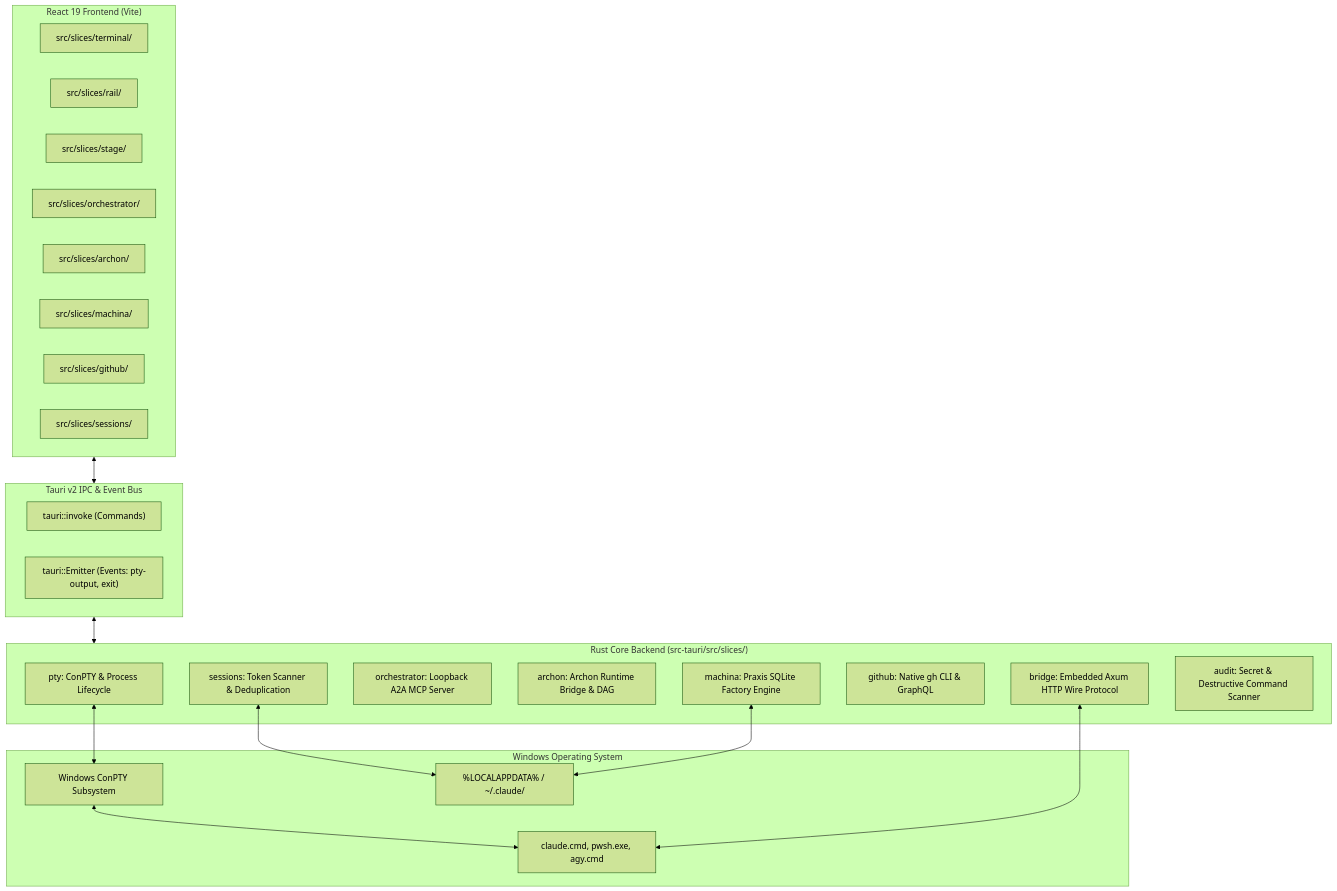
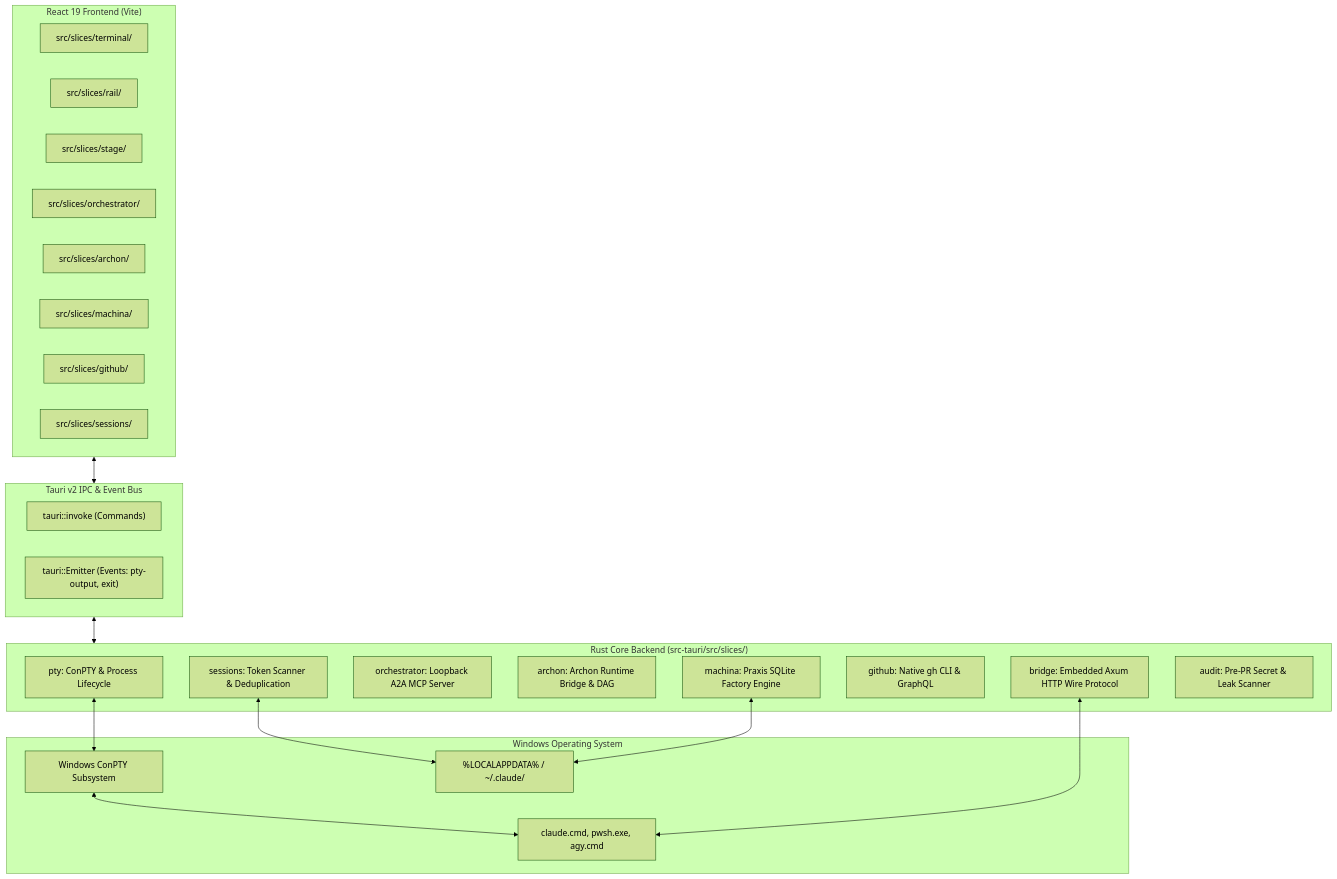
The diagram in docs/guide/architecture.md (seanrobertwright/Quay-2), drawn with Mermaid (forest theme) before and after one commit. The commit also changed other lines of this file and 3 other files, not shown here.

First line of the commit message:
docs(audit): describe what the Pre-PR Audit Gate scans today

````diff
--- a/docs/guide/architecture.md
+++ b/docs/guide/architecture.md
@@ -9,43 +9,43 @@
 ```mermaid
 graph TB
     subgraph Frontend["React 19 Frontend (Vite)"]
         TerminalSlice["src/slices/terminal/"]
         RailSlice["src/slices/rail/"]
         StageSlice["src/slices/stage/"]
         A2ASlice["src/slices/orchestrator/"]
         ArchonSlice["src/slices/archon/"]
         MachinaSlice["src/slices/machina/"]
         GithubSlice["src/slices/github/"]
         SessionSlice["src/slices/sessions/"]
     end
 
     subgraph IPC["Tauri v2 IPC & Event Bus"]
         Commands["tauri::invoke (Commands)"]
         Events["tauri::Emitter (Events: pty-output, exit)"]
     end
 
     subgraph Backend["Rust Core Backend (src-tauri/src/slices/)"]
         PTYSlice["pty: ConPTY & Process Lifecycle"]
         BridgeSlice["bridge: Embedded Axum HTTP Wire Protocol"]
         OrchSlice["orchestrator: Loopback A2A MCP Server"]
         ArchonB["archon: Archon Runtime Bridge & DAG"]
         MachinaB["machina: Praxis SQLite Factory Engine"]
         GithubB["github: Native gh CLI & GraphQL"]
         SessionB["sessions: Token Scanner & Deduplication"]
-        AuditB["audit: Secret & Destructive Command Scanner"]
+        AuditB["audit: Pre-PR Secret & Leak Scanner"]
     end
 
     subgraph OS["Windows Operating System"]
         ConPTY["Windows ConPTY Subsystem"]
         Processes["claude.cmd, pwsh.exe, agy.cmd"]
         FS["%LOCALAPPDATA% / ~/.claude/"]
     end
 
     Frontend <--> IPC
     IPC <--> Backend
     PTYSlice <--> ConPTY
     ConPTY <--> Processes
     BridgeSlice <--> Processes
     SessionB <--> FS
     MachinaB <--> FS
 ```
````
